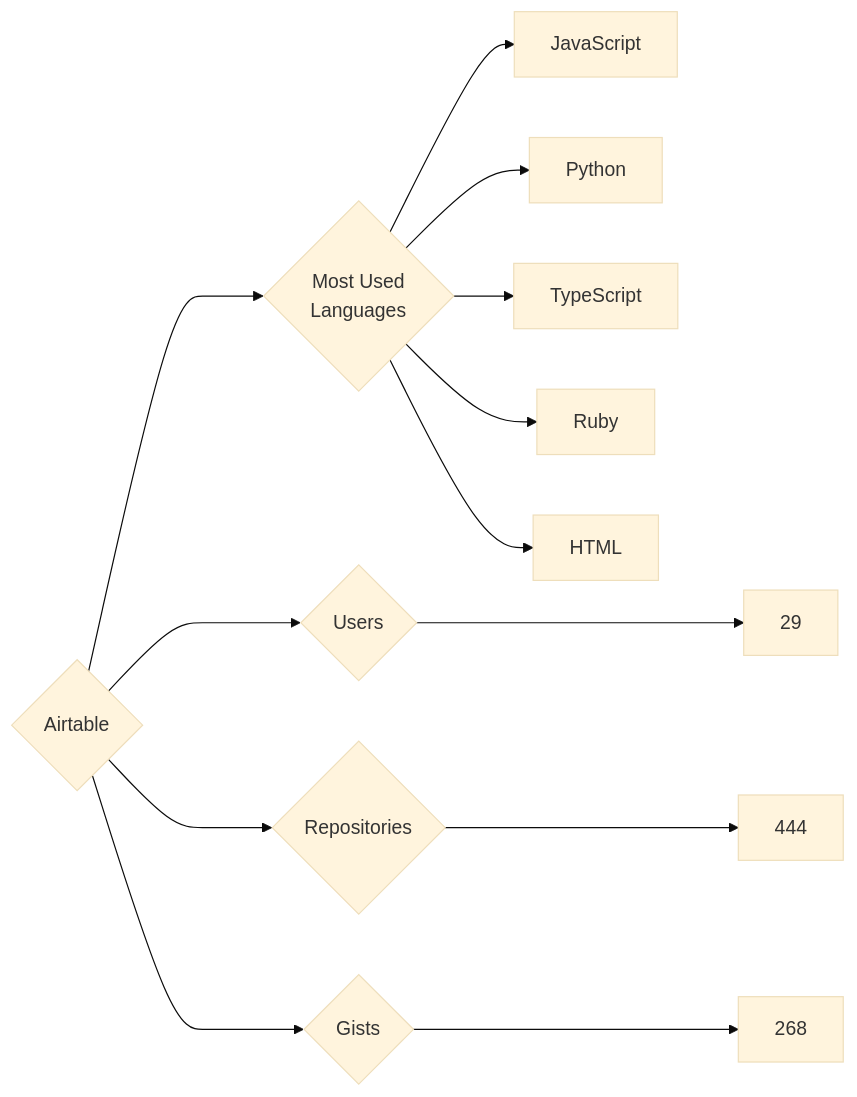
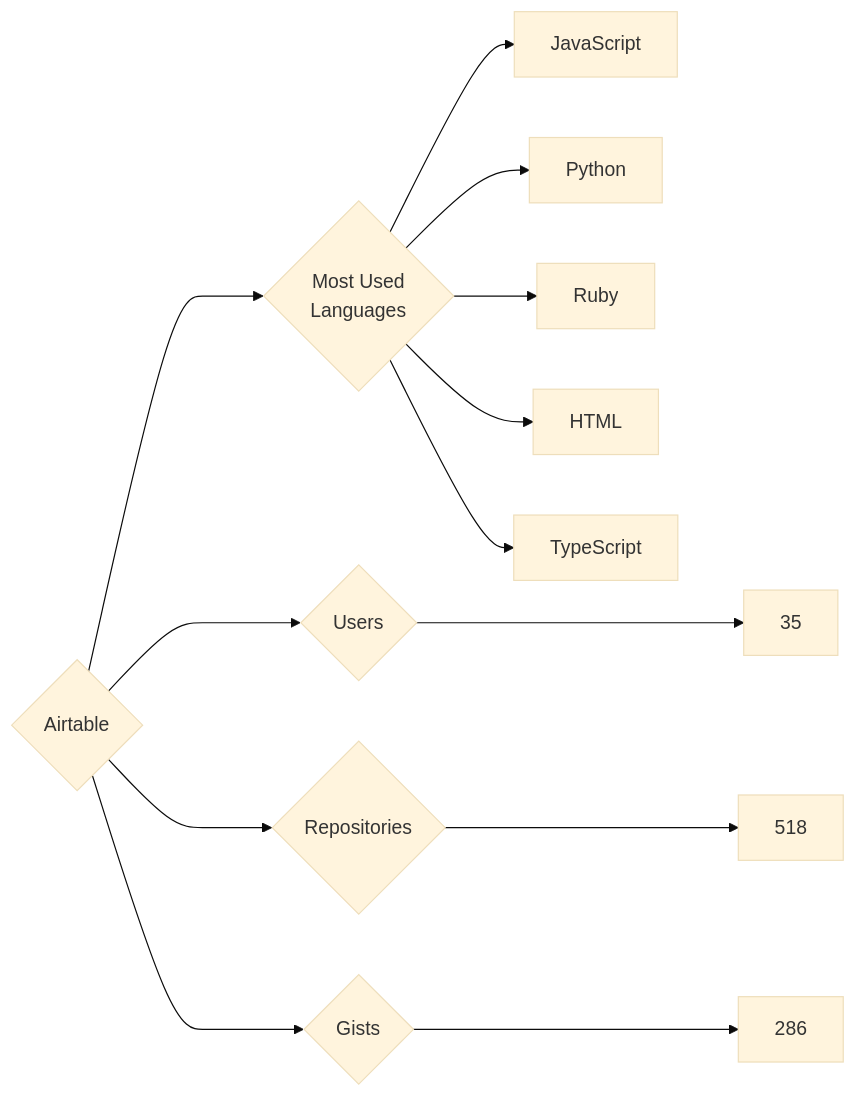
Before and after one commit to trickest/insiders: the diagram in targets/Airtable/README.md, drawn with Mermaid (base theme). The commit also changed 718 other files, not shown here.

````diff
--- a/targets/Airtable/README.md
+++ b/targets/Airtable/README.md
@@ -3,13 +3,13 @@
 ```mermaid
 graph LR
 COMPANY_NAME{Airtable}
-COMPANY_NAME ---> U{Users} ---> UN[29]
-COMPANY_NAME ---> R{Repositories} ---> RN[444]
-COMPANY_NAME ---> G{Gists} ---> GN[268]
+COMPANY_NAME ---> U{Users} ---> UN[35]
+COMPANY_NAME ---> R{Repositories} ---> RN[518]
+COMPANY_NAME ---> G{Gists} ---> GN[286]
 COMPANY_NAME ---> ML{Most Used<br>Languages}
 ML --> JavaScript[JavaScript]
 ML --> Python[Python]
-ML --> TypeScript[TypeScript]
 ML --> Ruby[Ruby]
 ML --> HTML[HTML]
+ML --> TypeScript[TypeScript]
 ```
````
